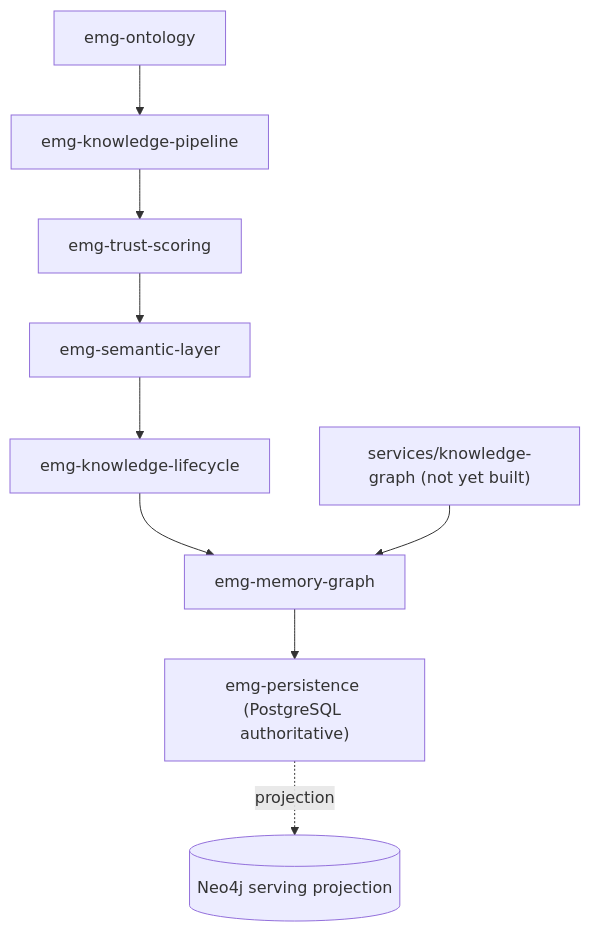
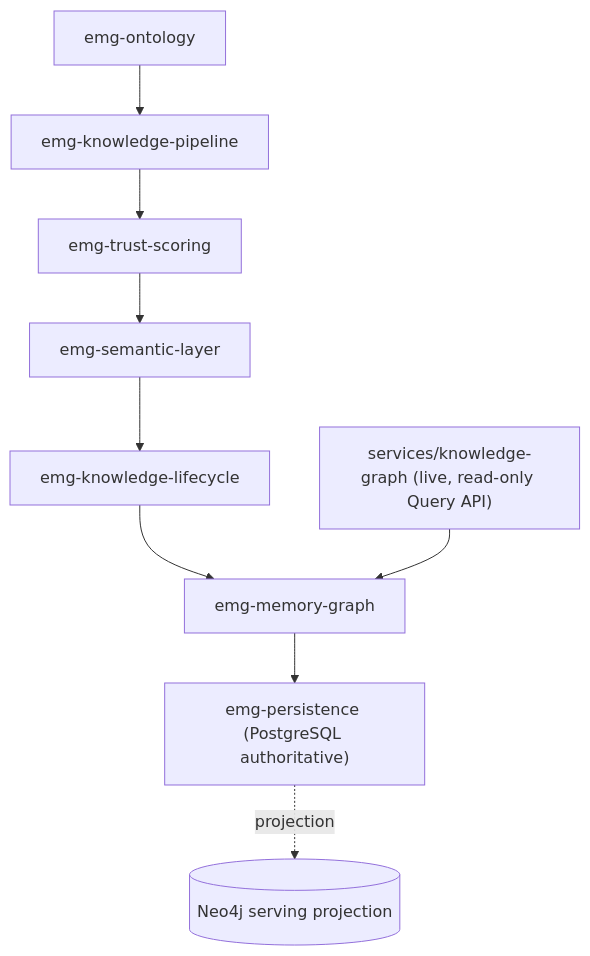
One commit to alkhajeh89/emg-platform changed the seventh of 8 diagrams in docs/architecture/PHASE3_ENTERPRISE_PLATFORM_ARCHITECTURE.md. Above: the diagram before and after it, drawn with Mermaid. The commit also changed other lines of this file and 51 other files, not shown here.

````diff
--- a/docs/architecture/PHASE3_ENTERPRISE_PLATFORM_ARCHITECTURE.md
+++ b/docs/architecture/PHASE3_ENTERPRISE_PLATFORM_ARCHITECTURE.md
@@ -530,11 +534,11 @@
 ```mermaid
 flowchart TB
     Ontology[emg-ontology] --> Pipeline[emg-knowledge-pipeline]
     Pipeline --> Trust[emg-trust-scoring]
     Trust --> Semantic[emg-semantic-layer]
     Semantic --> Lifecycle[emg-knowledge-lifecycle]
     Lifecycle --> MemGraph[emg-memory-graph]
     MemGraph --> Persistence["emg-persistence (PostgreSQL authoritative)"]
     Persistence -.projection.-> Neo4j[(Neo4j serving projection)]
-    Service["services/knowledge-graph (not yet built)"] --> MemGraph
+    Service["services/knowledge-graph (live, read-only Query API)"] --> MemGraph
 ```
````
